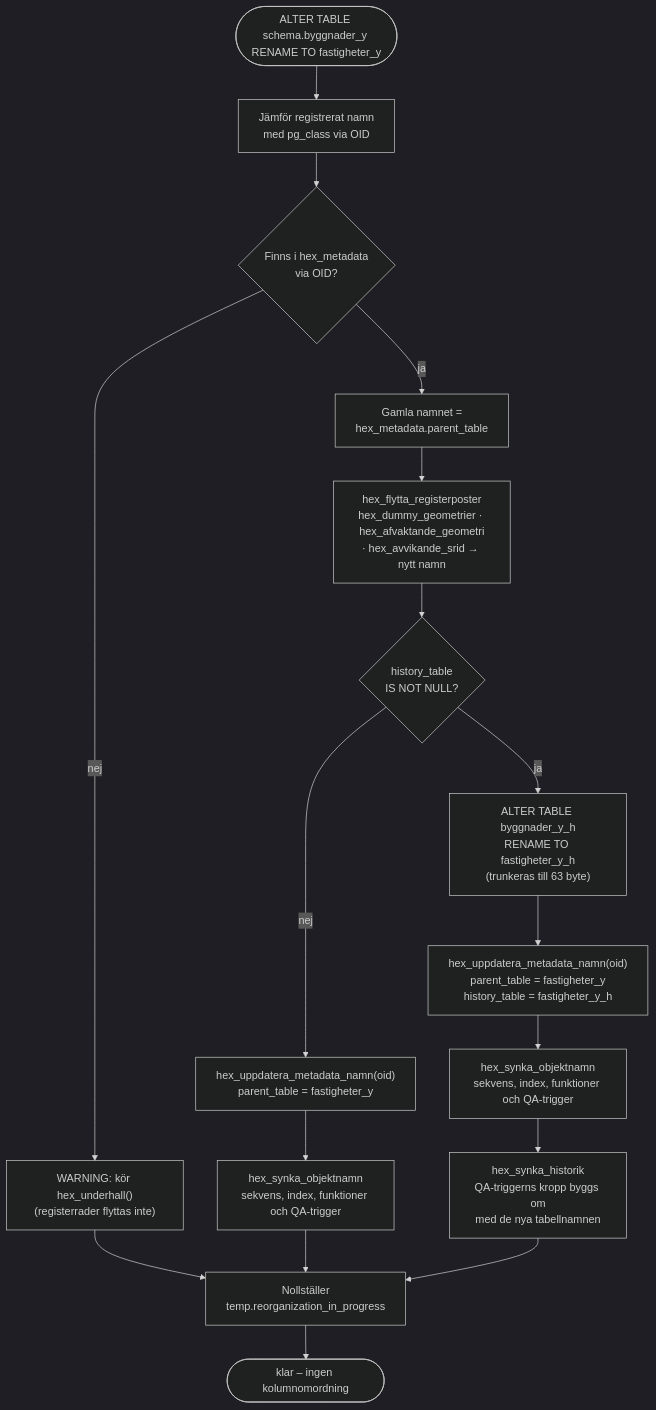
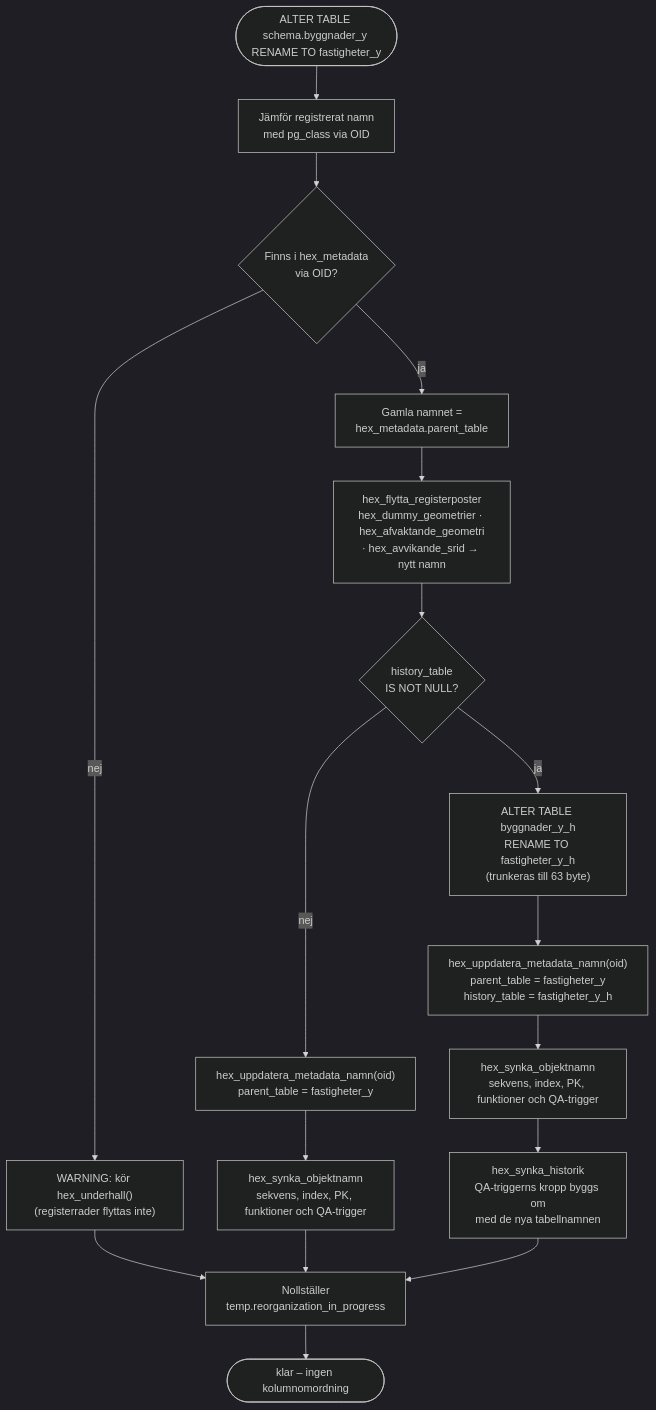
One commit to Geodata-Kungsbacka/Hex changed the fifth of 9 diagrams in LOGIC_MAP.md. Above: the diagram before and after it, drawn with Mermaid (dark theme). The commit also changed other lines of this file and 13 other files, not shown here.

````diff
--- a/LOGIC_MAP.md
+++ b/LOGIC_MAP.md
@@ -734,20 +734,20 @@
 ```mermaid
 flowchart TD
     START(["ALTER TABLE schema.byggnader_y RENAME TO fastigheter_y"])
     START --> DET["Jämför registrerat namn<br/>med pg_class via OID"]
     DET --> OID{"Finns i hex_metadata<br/>via OID?"}
     OID --> |ja| GAML["Gamla namnet =<br/>hex_metadata.parent_table"]
     OID --> |nej| WARN["WARNING: kör hex_underhall()<br/>(registerrader flyttas inte)"]
     WARN --> FLAG
     GAML --> FLYTT["hex_flytta_registerposter<br/>hex_dummy_geometrier · hex_afvaktande_geometri<br/>· hex_avvikande_srid → nytt namn"]
     FLYTT --> HIST{"history_table<br/>IS NOT NULL?"}
     HIST --> |nej| UPD0["hex_uppdatera_metadata_namn(oid)<br/>parent_table = fastigheter_y"]
-    UPD0 --> NAMN["hex_synka_objektnamn<br/>sekvens, index, funktioner och QA-trigger"]
+    UPD0 --> NAMN["hex_synka_objektnamn<br/>sekvens, index, PK, funktioner och QA-trigger"]
     NAMN --> FLAG
     HIST --> |ja| REN["ALTER TABLE byggnader_y_h<br/>RENAME TO fastigheter_y_h<br/>(trunkeras till 63 byte)"]
     REN --> UPD["hex_uppdatera_metadata_namn(oid)<br/>parent_table = fastigheter_y<br/>history_table = fastigheter_y_h"]
-    UPD --> NAMNH["hex_synka_objektnamn<br/>sekvens, index, funktioner och QA-trigger"]
+    UPD --> NAMNH["hex_synka_objektnamn<br/>sekvens, index, PK, funktioner och QA-trigger"]
     NAMNH --> SYNK["hex_synka_historik<br/>QA-triggerns kropp byggs om<br/>med de nya tabellnamnen"]
     SYNK --> FLAG["Nollställer<br/>temp.reorganization_in_progress"]
     FLAG --> DONE(["klar – ingen kolumnomordning"])
 ```
````
